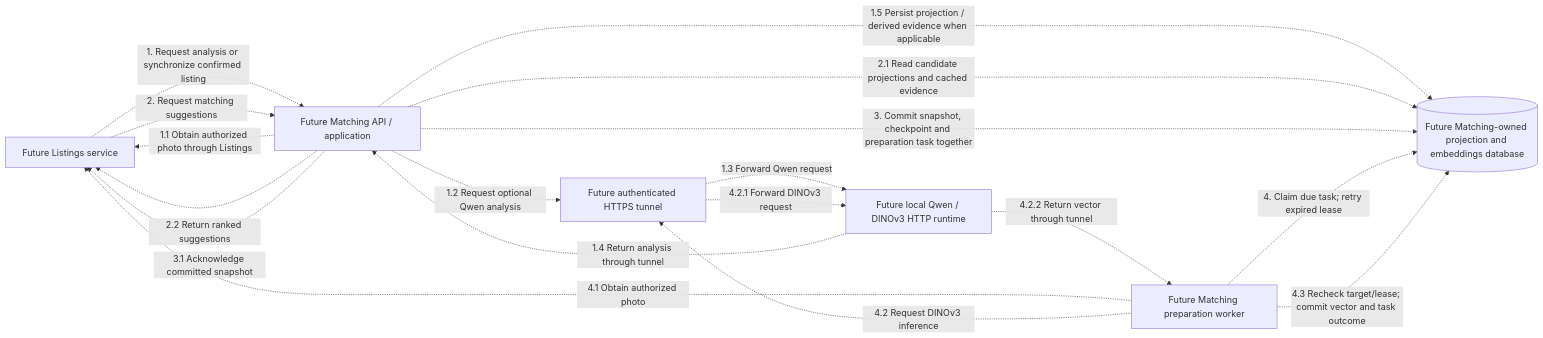
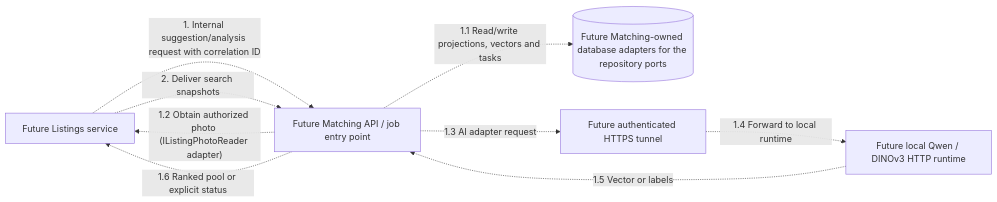
Before and after one commit to bogdan-spilevoi/ASET-master-year-1: the second of 2 diagrams in src/Services/Matching/COMMUNICATION.md, drawn with Mermaid. The commit also changed other lines of this file and 65 other files, not shown here.

Commit message:
Add domain enums and application contracts for matching service with testing for validation behaviour. Logging and profiling was also done.

````diff
--- a/src/Services/Matching/COMMUNICATION.md
+++ b/src/Services/Matching/COMMUNICATION.md
@@ -37,27 +87,17 @@
 ```mermaid
 flowchart LR
     Listings["Future Listings service"]
-    Matching["Future Matching API / application"]
-    DB[("Future Matching-owned projection and embeddings database")]
+    Matching["Future Matching API / job entry point"]
+    DB[("Future Matching-owned database adapters for the repository ports")]
     Tunnel["Future authenticated HTTPS tunnel"]
     AI["Future local Qwen / DINOv3 HTTP runtime"]
-    Worker["Future Matching preparation worker"]
 
-    Listings -.->|"1. Request analysis or synchronize confirmed listing"| Matching
-    Matching -.->|"1.1 Obtain authorized photo through Listings"| Listings
-    Matching -.->|"1.2 Request optional Qwen analysis"| Tunnel
-    Tunnel -.->|"1.3 Forward Qwen request"| AI
-    AI -.->|"1.4 Return analysis through tunnel"| Matching
-    Matching -.->|"1.5 Persist projection / derived evidence when applicable"| DB
-    Listings -.->|"2. Request matching suggestions"| Matching
-    Matching -.->|"2.1 Read candidate projections and cached evidence"| DB
-    Matching -.->|"2.2 Return ranked suggestions"| Listings
-    Matching -.->|"3. Commit snapshot, checkpoint and preparation task together"| DB
-    Matching -.->|"3.1 Acknowledge committed snapshot"| Listings
-    Worker -.->|"4. Claim due task; retry expired lease"| DB
-    Worker -.->|"4.1 Obtain authorized photo"| Listings
-    Worker -.->|"4.2 Request DINOv3 inference"| Tunnel
-    Tunnel -.->|"4.2.1 Forward DINOv3 request"| AI
-    AI -.->|"4.2.2 Return vector through tunnel"| Worker
-    Worker -.->|"4.3 Recheck target/lease; commit vector and task outcome"| DB
+    Listings -.->|"1. Internal suggestion/analysis request with correlation ID"| Matching
+    Matching -.->|"1.1 Read/write projections, vectors and tasks"| DB
+    Matching -.->|"1.2 Obtain authorized photo (IListingPhotoReader adapter)"| Listings
+    Matching -.->|"1.3 AI adapter request"| Tunnel
+    Tunnel -.->|"1.4 Forward to local runtime"| AI
+    AI -.->|"1.5 Vector or labels"| Matching
+    Matching -.->|"1.6 Ranked pool or explicit status"| Listings
+    Listings -.->|"2. Deliver search snapshots"| Matching
 ```
````
